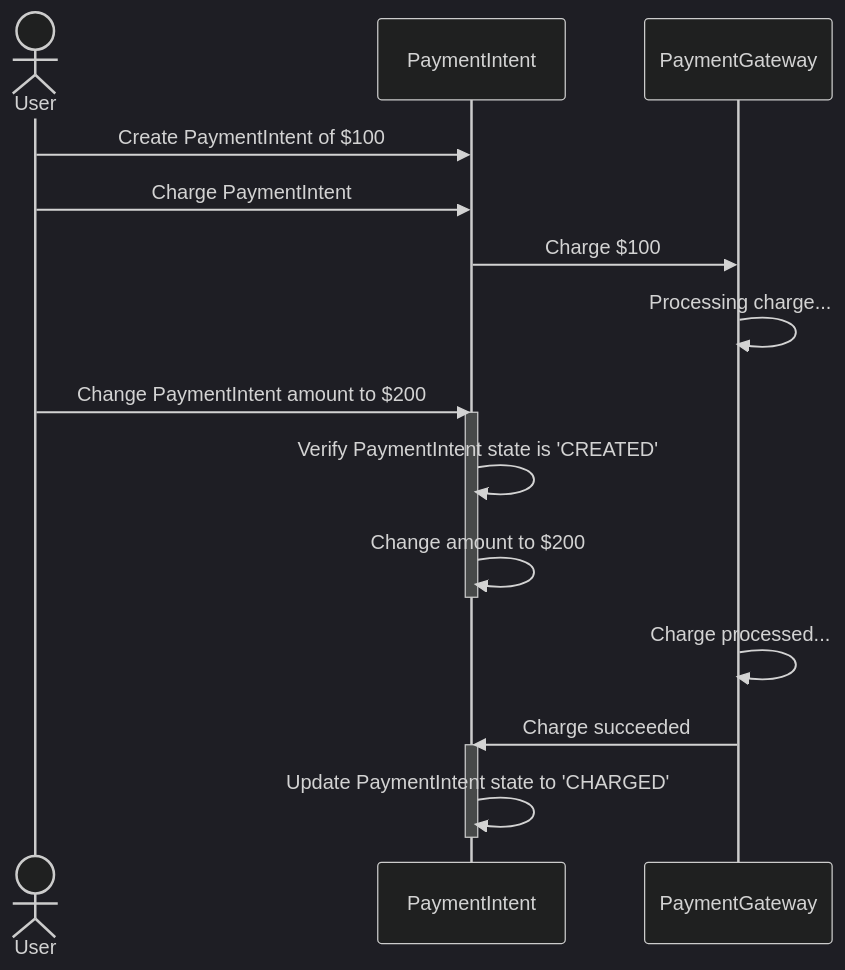
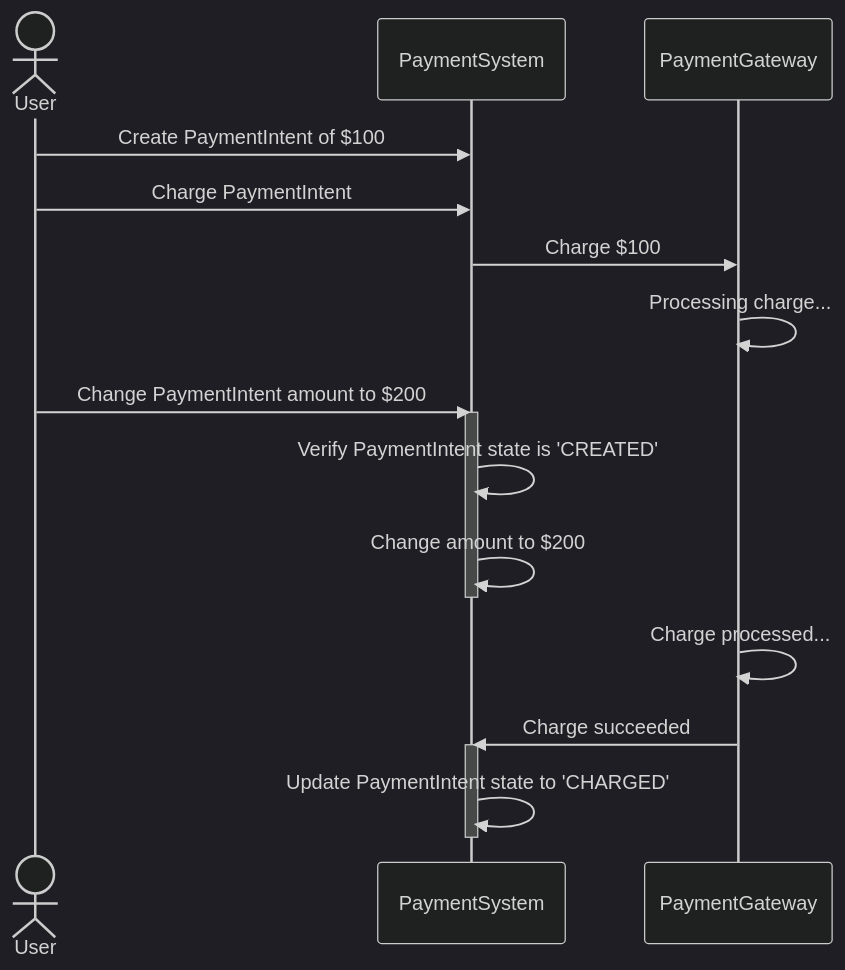
Before and after one commit to filipsnastins/concurrency-control-with-dynamodb: the second of 8 diagrams in README.md, drawn with Mermaid (dark theme). The commit also changed other lines of this file, not shown here.

````diff
--- a/README.md
+++ b/README.md
@@ -89,25 +89,25 @@
 ```mermaid
 sequenceDiagram
     actor User
-    participant PaymentIntent
+    participant PaymentSystem
     participant PaymentGateway
 
-    User->>PaymentIntent: Create PaymentIntent of $100
-    User->>PaymentIntent: Charge PaymentIntent
+    User->>PaymentSystem: Create PaymentIntent of $100
+    User->>PaymentSystem: Charge PaymentIntent
 
-    PaymentIntent->>PaymentGateway: Charge $100
+    PaymentSystem->>PaymentGateway: Charge $100
     PaymentGateway->>PaymentGateway: Processing charge...
 
-    User->>PaymentIntent: Change PaymentIntent amount to $200
-    activate PaymentIntent
-    PaymentIntent->>PaymentIntent: Verify PaymentIntent state is 'CREATED'
-    PaymentIntent->>PaymentIntent: Change amount to $200
-    deactivate PaymentIntent
+    User->>PaymentSystem: Change PaymentIntent amount to $200
+    activate PaymentSystem
+    PaymentSystem->>PaymentSystem: Verify PaymentIntent state is 'CREATED'
+    PaymentSystem->>PaymentSystem: Change amount to $200
+    deactivate PaymentSystem
 
     PaymentGateway->>PaymentGateway: Charge processed...
 
-    PaymentGateway->>PaymentIntent: Charge succeeded
-    activate PaymentIntent
-    PaymentIntent->>PaymentIntent: Update PaymentIntent state to 'CHARGED'
-    deactivate PaymentIntent
+    PaymentGateway->>PaymentSystem: Charge succeeded
+    activate PaymentSystem
+    PaymentSystem->>PaymentSystem: Update PaymentIntent state to 'CHARGED'
+    deactivate PaymentSystem
 ```
````
